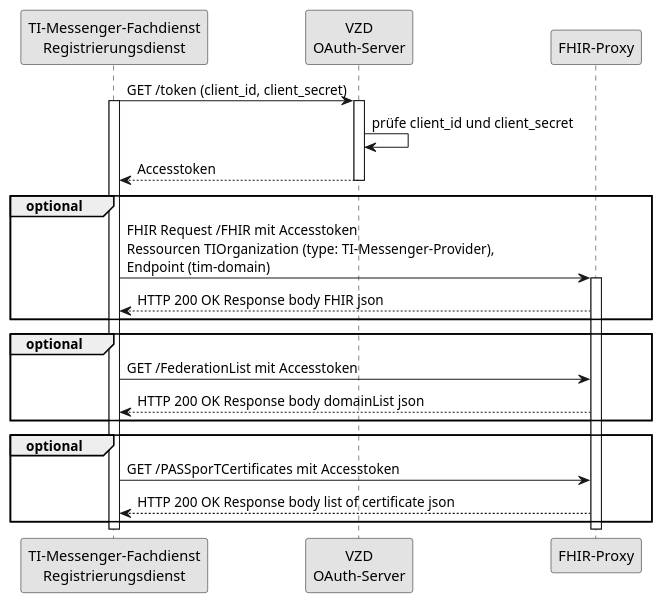
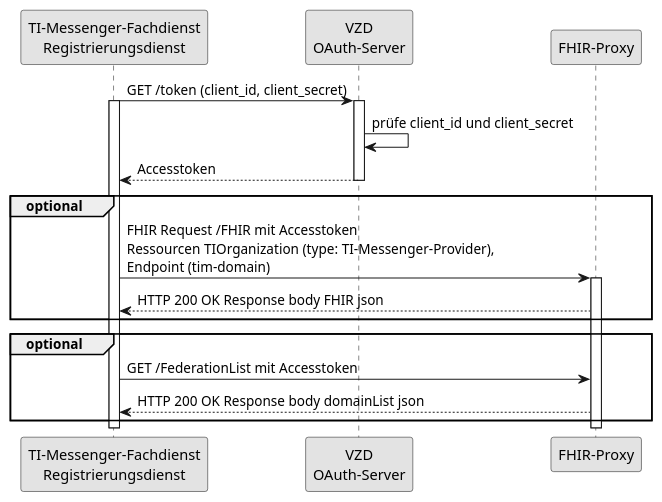
The diagram in src/plantuml/SequenceDiagram.FHIR-Directory.tim_provider_services.puml (gematik/api-vzd), drawn with PlantUML before and after one commit.

```diff
--- a/src/plantuml/SequenceDiagram.FHIR-Directory.tim_provider_services.puml
+++ b/src/plantuml/SequenceDiagram.FHIR-Directory.tim_provider_services.puml
@@ -1,31 +1,28 @@
 @startuml
 skinparam dpi 100
 skinparam WrapWidth 200
 skinparam monochrome true
 
 participant rd as "TI-Messenger-Fachdienst\nRegistrierungsdienst"
 participant oa as "VZD\nOAuth-Server"
 participant fp as "FHIR-Proxy"
 
 rd -> oa: GET /token (client_id, client_secret)
 activate rd
 activate oa
 oa -> oa: prüfe client_id und client_secret
 oa --> rd: Accesstoken
 deactivate oa
 group optional
 rd -> fp: FHIR Request /FHIR mit Accesstoken\nRessourcen TIOrganization (type: TI-Messenger-Provider),\nEndpoint (tim-domain)
 activate fp
 fp --> rd: HTTP 200 OK Response body FHIR json
 end
 group optional
 rd -> fp: GET /FederationList mit Accesstoken
 fp --> rd: HTTP 200 OK Response body domainList json
 end
-group optional
-rd -> fp: GET /PASSporTCertificates mit Accesstoken
-fp --> rd: HTTP 200 OK Response body list of certificate json
-end
+
 deactivate fp
 deactivate rd
 @enduml
```
